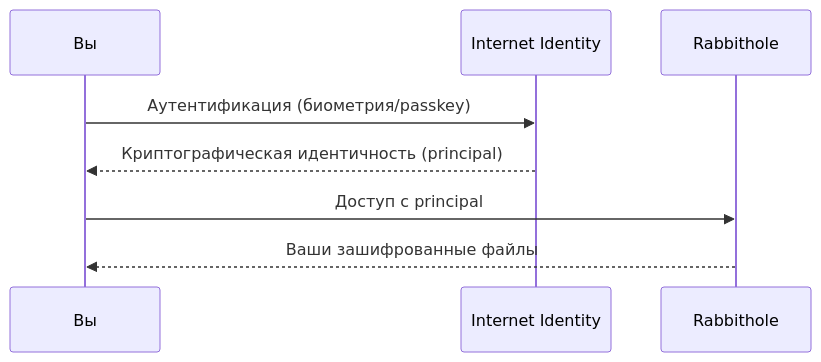
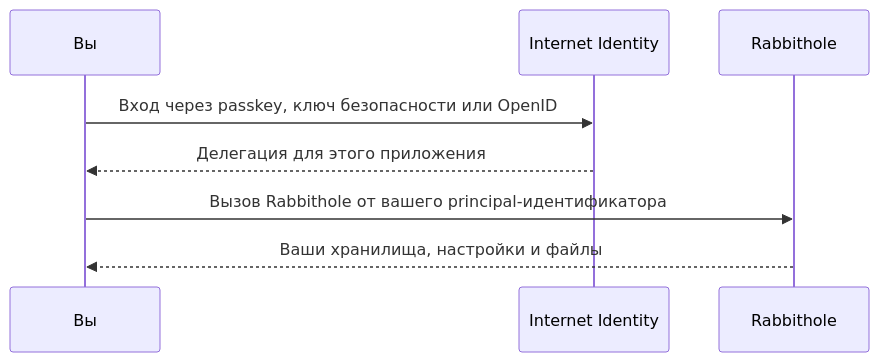
The first of 4 diagrams in apps/docs/src/ru/how-it-works/authentication.md (rabbithole-app/v2), drawn with Mermaid before and after one commit. The commit also changed other lines of this file and 36 other files, not shown here.

````diff
--- a/apps/docs/src/ru/how-it-works/authentication.md
+++ b/apps/docs/src/ru/how-it-works/authentication.md
@@ -18,11 +32,11 @@
 ```mermaid
 sequenceDiagram
-    participant Y as Вы
+    participant U as Вы
     participant II as Internet Identity
     participant R as Rabbithole
 
-    Y->>II: Аутентификация (биометрия/passkey)
-    II-->>Y: Криптографическая идентичность (principal)
-    Y->>R: Доступ с principal
-    R-->>Y: Ваши зашифрованные файлы
+    U->>II: Вход через passkey, ключ безопасности или OpenID
+    II-->>U: Делегация для этого приложения
+    U->>R: Вызов Rabbithole от вашего principal-идентификатора
+    R-->>U: Ваши хранилища, настройки и файлы
 ```
````
